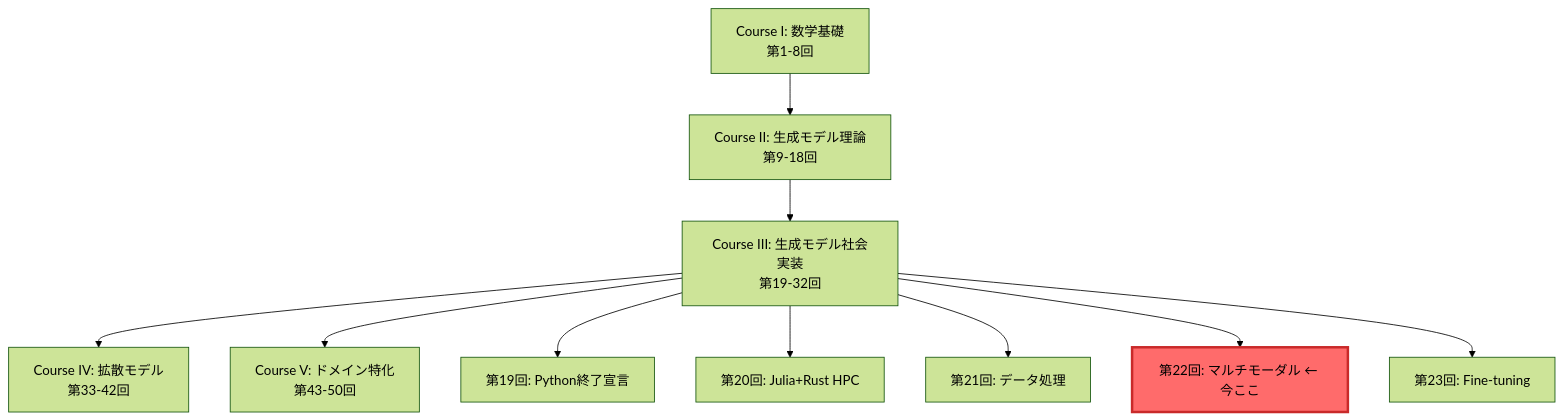
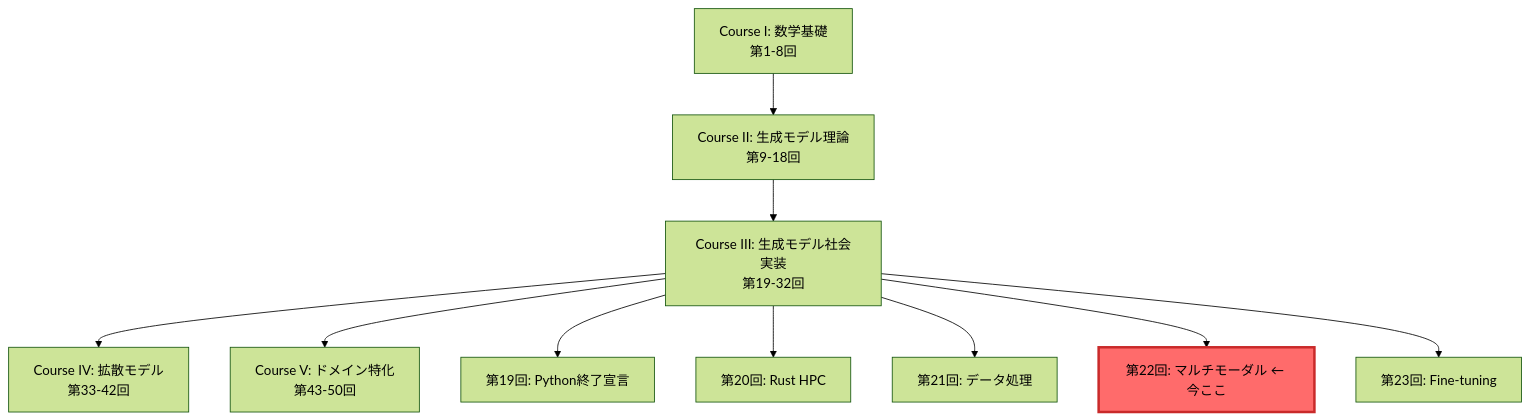
One commit to fumishiki/zenn changed the second of 4 diagrams in articles/ml-lecture-22-part1.md. Above: the diagram before and after it, drawn with Mermaid (forest theme). The commit also changed other lines of this file and 97 other files, not shown here.

````diff
--- a/articles/ml-lecture-22-part1.md
+++ b/articles/ml-lecture-22-part1.md
@@ -170,15 +194,15 @@
 ```mermaid
 graph TD
     C1[Course I: 数学基礎<br>第1-8回] --> C2[Course II: 生成モデル理論<br>第9-18回]
     C2 --> C3[Course III: 生成モデル社会実装<br>第19-32回]
     C3 --> C4[Course IV: 拡散モデル<br>第33-42回]
     C3 --> C5[Course V: ドメイン特化<br>第43-50回]
 
     C3 --> L19[第19回: Python終了宣言]
-    C3 --> L20[第20回: Julia+Rust HPC]
+    C3 --> L20[第20回: Rust HPC]
     C3 --> L21[第21回: データ処理]
     C3 --> L22[第22回: マルチモーダル ← 今ここ]
     C3 --> L23[第23回: Fine-tuning]
 
     style L22 fill:#ff6b6b,stroke:#c92a2a,stroke-width:3px
 ```
````
